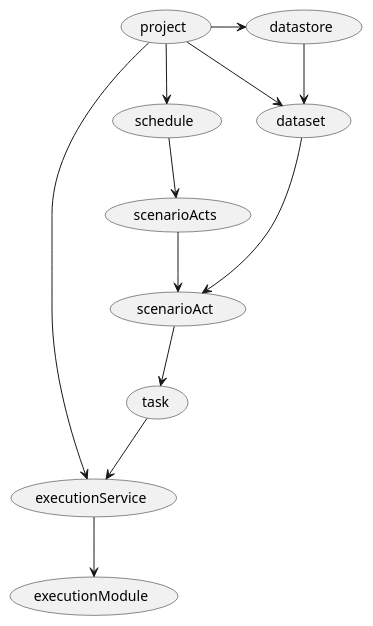
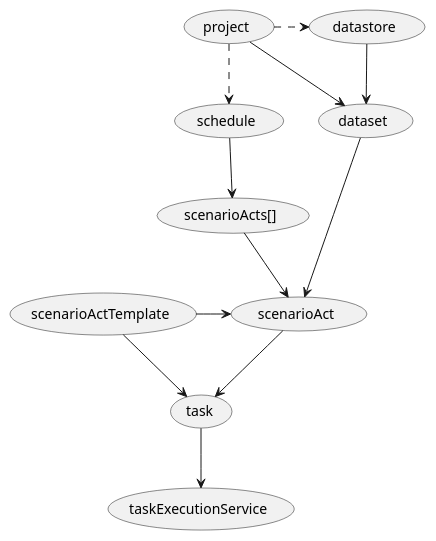
The diagram in doc/entities_design/logical_entities_dependency.puml (zaytsevdmitry/lakehouse), drawn with PlantUML before and after one commit. The commit also changed 301 other files, not shown here.

```diff
--- a/doc/entities_design/logical_entities_dependency.puml
+++ b/doc/entities_design/logical_entities_dependency.puml
@@ -1,13 +1,13 @@
 @startuml 
-(schedule) --> (scenarioActs)
-(scenarioActs) --> (scenarioAct)
+(schedule) --> (scenarioActs[])
+(scenarioActs[]) --> (scenarioAct)
+(scenarioActTemplate) -> (scenarioAct)
+(scenarioActTemplate) -> (task)
 (scenarioAct) --> (task)
-(task)-->(executionService)
-(executionService)-->(executionModule)
+(task)-->(taskExecutionService)
 (dataset) -> (scenarioAct)
 (datastore) --> (dataset)
 (project) -> (dataset)
-(project) --> (schedule)
-(project) -> (datastore)
-(project) --> (executionService)
+(project) ..> (schedule)
+(project) .> (datastore)
 @enduml 
```
